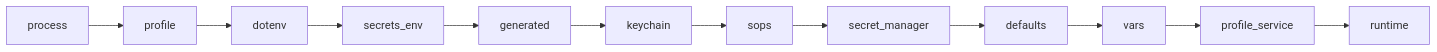
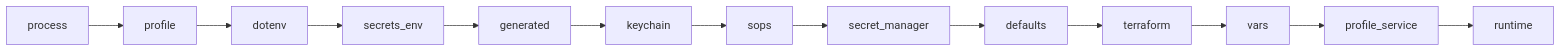
Before and after one commit to amr-m-abdelgawad/devctl: the first of 2 diagrams in docs/environment.md, drawn with Mermaid. The commit also changed other lines of this file and 24 other files, not shown here.

First line of the commit message:
feat: add support for Terraform environment variables in service configuration

````diff
--- a/docs/environment.md
+++ b/docs/environment.md
@@ -9,4 +9,4 @@
 ```mermaid
 flowchart LR
-  process --> profile --> dotenv --> secrets_env --> generated --> keychain --> sops --> secret_manager --> defaults --> vars --> profile_service --> runtime
+  process --> profile --> dotenv --> secrets_env --> generated --> keychain --> sops --> secret_manager --> defaults --> terraform --> vars --> profile_service --> runtime
 ```
````
